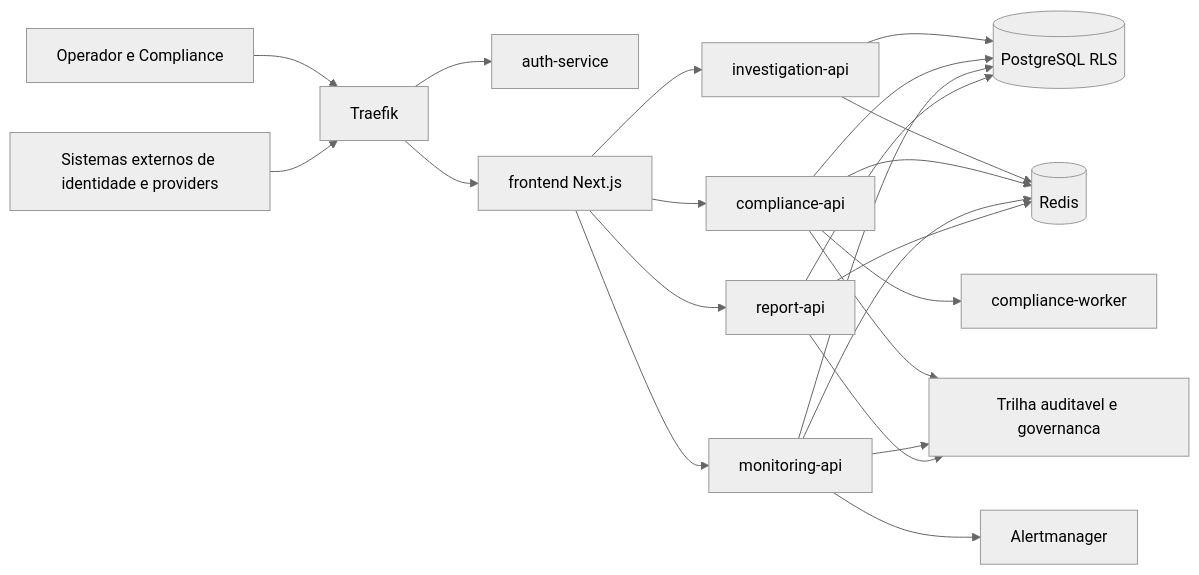
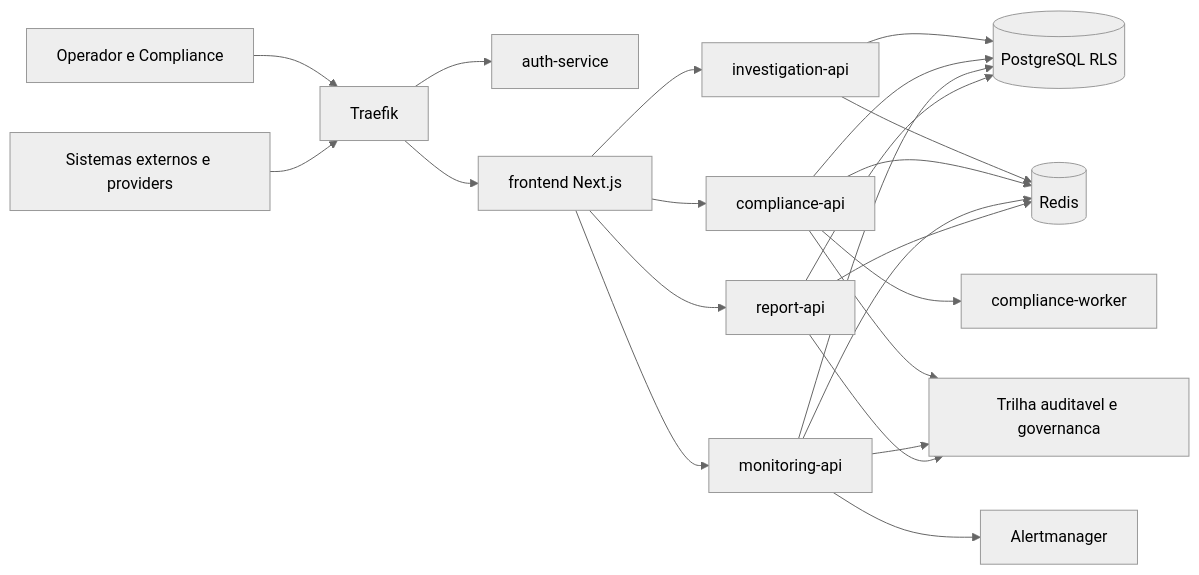
One commit to Jistriane/Ontrackchain changed the second of 3 diagrams in README.md. Above: the diagram before and after it, drawn with Mermaid (neutral theme). The commit also changed other lines of this file and 7 other files, not shown here.

````diff
--- a/README.md
+++ b/README.md
@@ -97,27 +92,24 @@
 ```mermaid
 flowchart LR
     U[Operador e Compliance] --> T[Traefik]
-    S[Sistemas externos de identidade e providers] --> T
+    S[Sistemas externos e providers] --> T
     T --> A[auth-service]
     T --> F[frontend Next.js]
     F --> I[investigation-api]
     F --> C[compliance-api]
     F --> M[monitoring-api]
     F --> R[report-api]
     C --> CW[compliance-worker]
     M --> AL[Alertmanager]
-
     I --> P[(PostgreSQL RLS)]
     C --> P
     M --> P
     R --> P
-
     I --> X[(Redis)]
     C --> X
     M --> X
     R --> X
-
     C --> G[Trilha auditavel e governanca]
     M --> G
     R --> G
 ```
````
